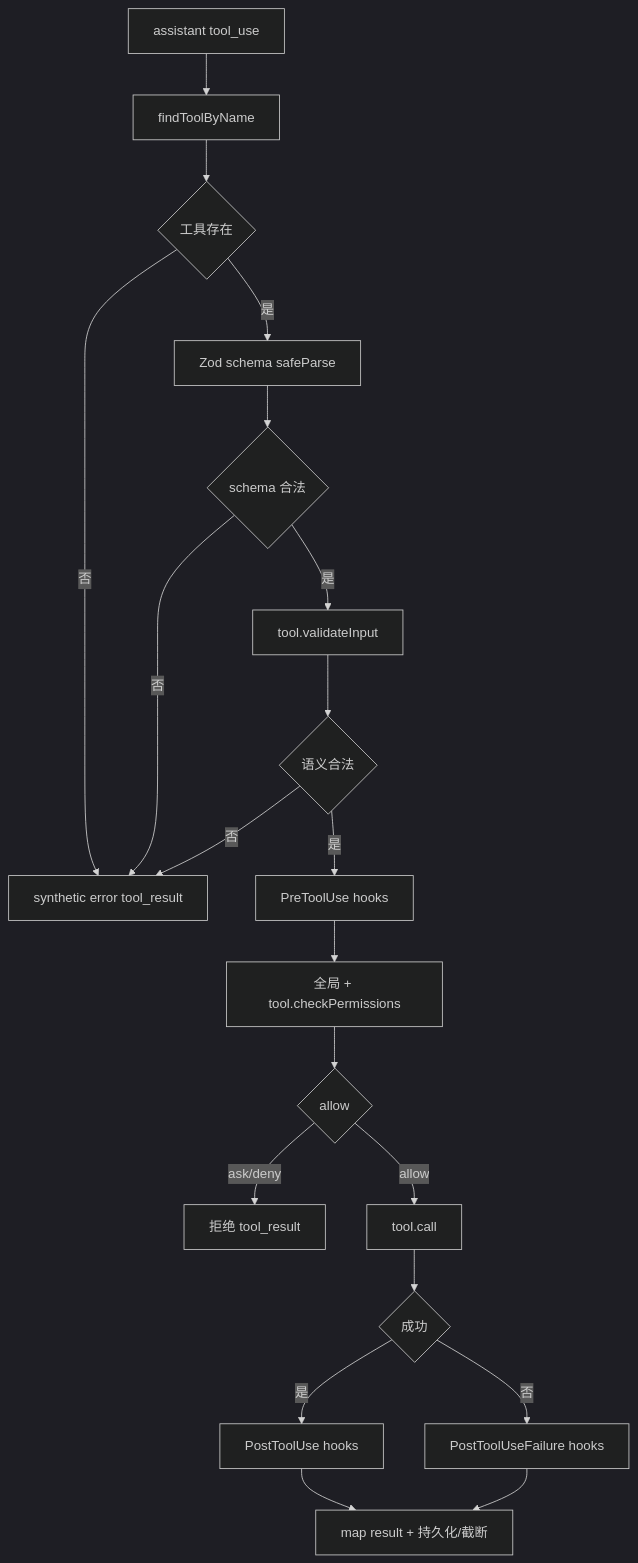
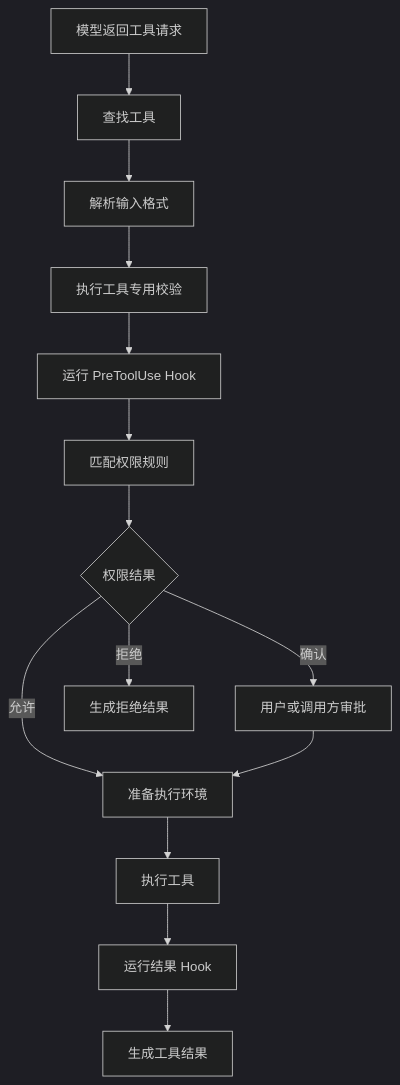
The first of 2 diagrams in docs/project-guide/07-tools-permissions-security.md (Hanxcellent/openclaude), drawn with Mermaid (dark theme) before and after one commit. The commit also changed other lines of this file and 44 other files, not shown here.

````diff
--- a/docs/project-guide/07-tools-permissions-security.md
+++ b/docs/project-guide/07-tools-permissions-security.md
@@ -45,22 +48,16 @@
 ```mermaid
 flowchart TD
-  A[assistant tool_use] --> B[findToolByName]
-  B --> C{工具存在}
-  C -- 否 --> X[synthetic error tool_result]
-  C -- 是 --> D[Zod schema safeParse]
-  D --> E{schema 合法}
-  E -- 否 --> X
-  E -- 是 --> F[tool.validateInput]
-  F --> G{语义合法}
-  G -- 否 --> X
-  G -- 是 --> H[PreToolUse hooks]
-  H --> I[全局 + tool.checkPermissions]
-  I --> J{allow}
-  J -- ask/deny --> Y[拒绝 tool_result]
-  J -- allow --> K[tool.call]
-  K --> L{成功}
-  L -- 是 --> M[PostToolUse hooks]
-  L -- 否 --> N[PostToolUseFailure hooks]
-  M --> O[map result + 持久化/截断]
-  N --> O
+  A[模型返回工具请求] --> B[查找工具]
+  B --> C[解析输入格式]
+  C --> D[执行工具专用校验]
+  D --> E[运行 PreToolUse Hook]
+  E --> F[匹配权限规则]
+  F --> G{权限结果}
+  G -->|允许| H[准备执行环境]
+  G -->|确认| I[用户或调用方审批]
+  G -->|拒绝| J[生成拒绝结果]
+  I --> H
+  H --> K[执行工具]
+  K --> L[运行结果 Hook]
+  L --> M[生成工具结果]
 ```
````
